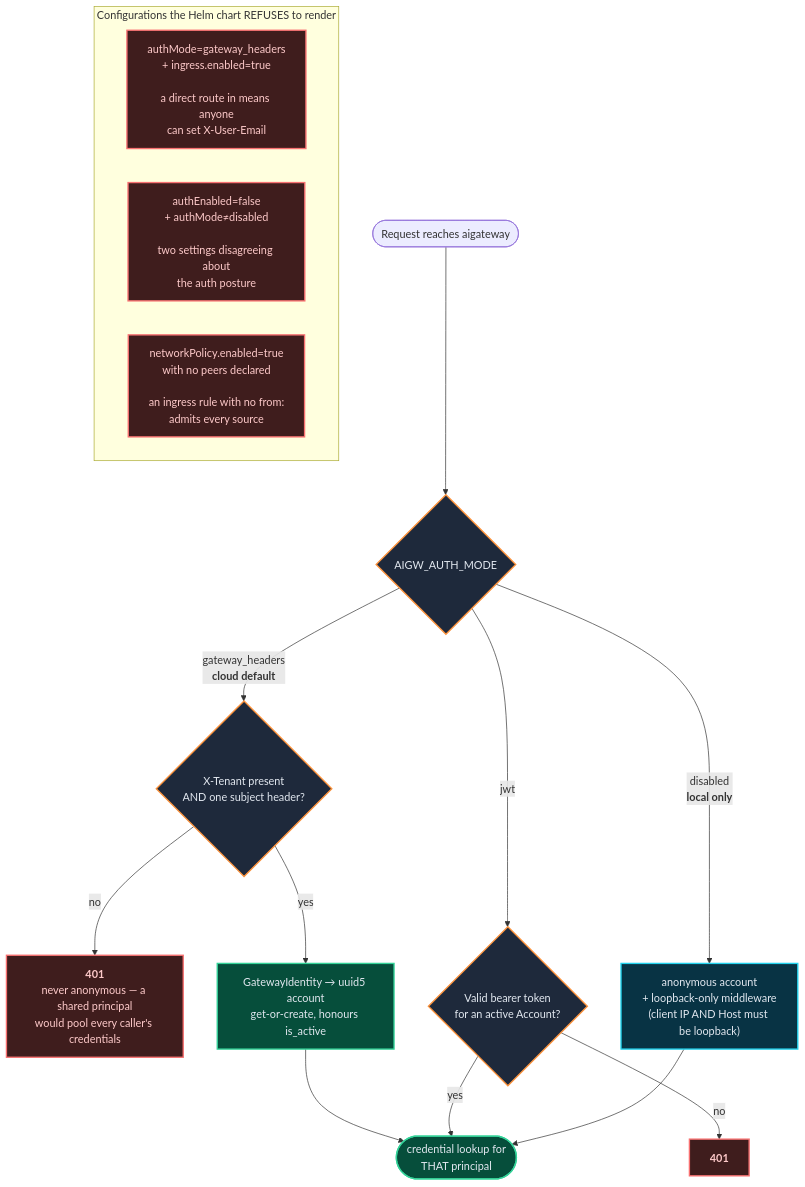
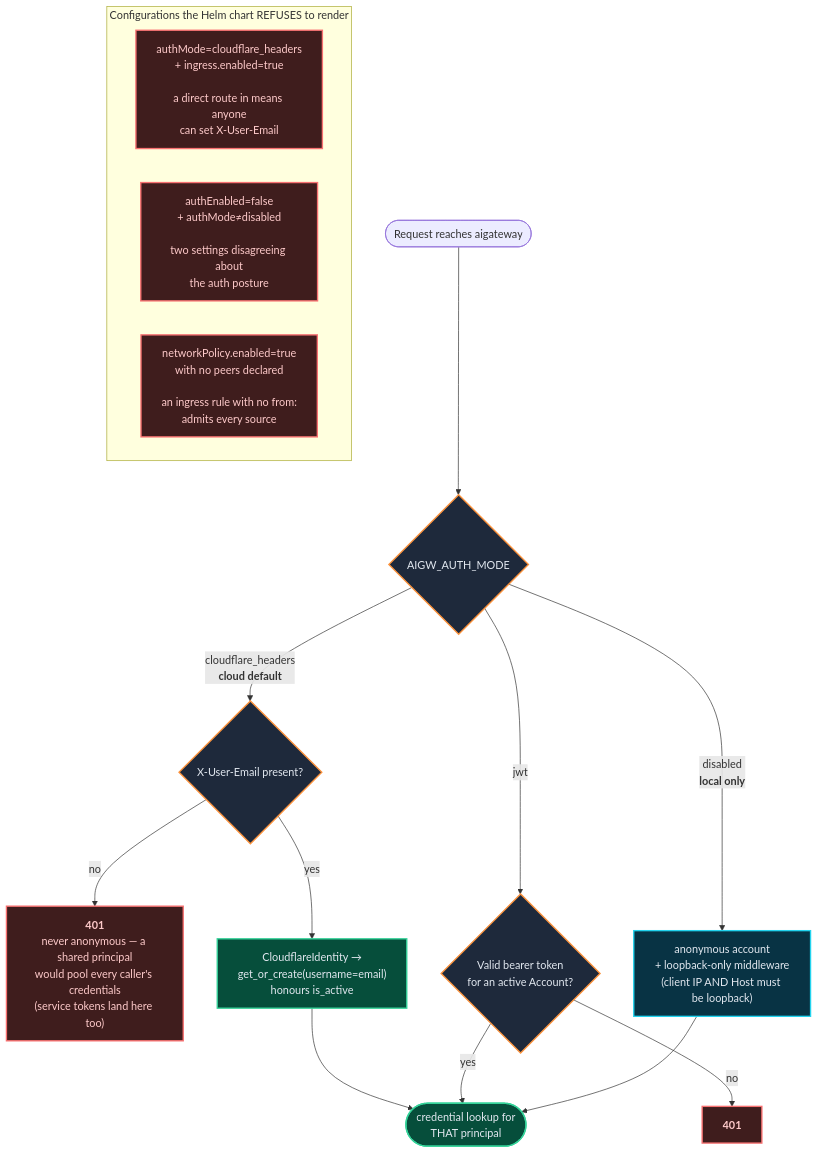
Before and after one commit to OpenMined/screamingface: the third of 3 diagrams in docs/diagrams/gateway-identity.md, drawn with Mermaid. The commit also changed other lines of this file and 29 other files, not shown here.

First line of the commit message:
refactor(aigateway)!: name the identity Cloudflare's, and reduce it to one header

````diff
--- a/docs/diagrams/gateway-identity.md
+++ b/docs/diagrams/gateway-identity.md
@@ -147,32 +155,32 @@
 ```mermaid
 flowchart TB
     REQ(["Request reaches aigateway"]) --> MODE{"AIGW_AUTH_MODE"}
 
-    MODE -->|gateway_headers<br/><b>cloud default</b>| H1{"X-Tenant present<br/>AND one subject header?"}
-    H1 -->|no| H401["<b>401</b><br/>never anonymous — a shared principal<br/>would pool every caller's credentials"]
-    H1 -->|yes| HACC["GatewayIdentity → uuid5 account<br/>get-or-create, honours is_active"]
+    MODE -->|cloudflare_headers<br/><b>cloud default</b>| H1{"X-User-Email present?"}
+    H1 -->|no| H401["<b>401</b><br/>never anonymous — a shared principal<br/>would pool every caller's credentials<br/>(service tokens land here too)"]
+    H1 -->|yes| HACC["CloudflareIdentity →<br/>get_or_create(username=email)<br/>honours is_active"]
     HACC --> OK(["credential lookup for<br/>THAT principal"])
 
     MODE -->|jwt| J1{"Valid bearer token<br/>for an active Account?"}
     J1 -->|no| J401["<b>401</b>"]
     J1 -->|yes| OK
 
     MODE -->|disabled<br/><b>local only</b>| D1["anonymous account<br/>+ loopback-only middleware<br/>(client IP AND Host must be loopback)"]
     D1 --> OK
 
     subgraph REFUSED["Configurations the Helm chart REFUSES to render"]
-        R1["authMode=gateway_headers<br/>+ ingress.enabled=true<br/><br/>a direct route in means anyone<br/>can set X-User-Email"]
+        R1["authMode=cloudflare_headers<br/>+ ingress.enabled=true<br/><br/>a direct route in means anyone<br/>can set X-User-Email"]
         R2["authEnabled=false<br/>+ authMode≠disabled<br/><br/>two settings disagreeing about<br/>the auth posture"]
         R3["networkPolicy.enabled=true<br/>with no peers declared<br/><br/>an ingress rule with no from:<br/>admits every source"]
     end
 
     classDef ok fill:#064e3b,stroke:#34d399,stroke-width:2px,color:#e2e8f0
     classDef bad fill:#3f1d1d,stroke:#f87171,stroke-width:2px,color:#fecaca
     classDef dec fill:#1e293b,stroke:#fb923c,stroke-width:2px,color:#e2e8f0
     classDef local fill:#083344,stroke:#22d3ee,stroke-width:2px,color:#e2e8f0
 
     class OK,HACC ok
     class H401,J401,R1,R2,R3 bad
     class MODE,H1,J1 dec
     class D1 local
 ```
````
